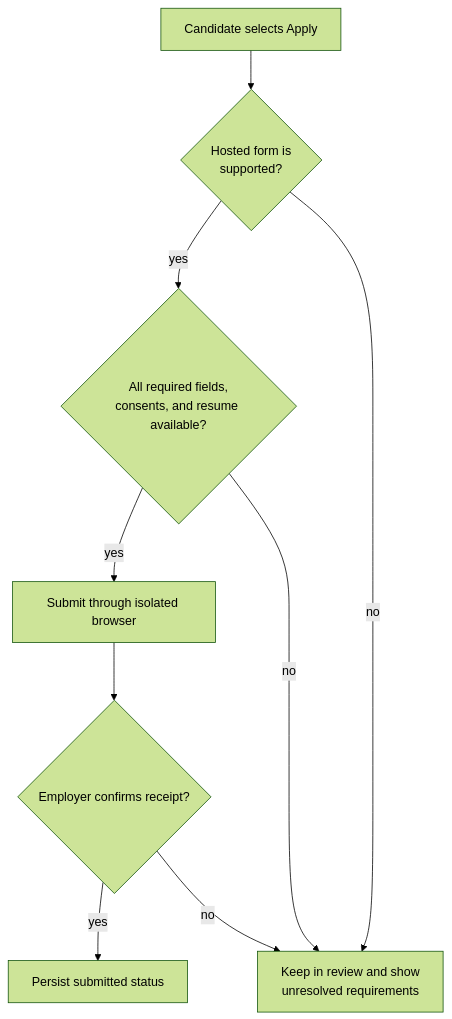
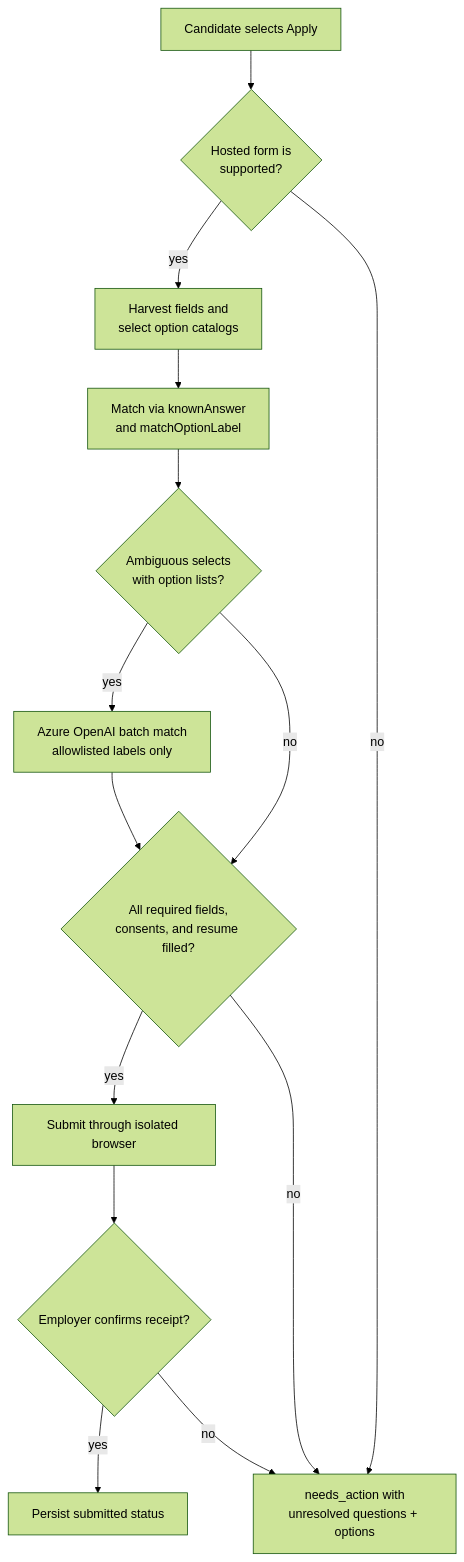
The fifth of 7 diagrams in ARCHITECTURE.md (shivangsoni/resume_tool), drawn with Mermaid (forest theme) before and after one commit. The commit also changed other lines of this file and 45 other files, not shown here.

````diff
--- a/ARCHITECTURE.md
+++ b/ARCHITECTURE.md
@@ -128,19 +131,27 @@
 ```mermaid
 flowchart TD
     Click[Candidate selects Apply]
     Provider{Hosted form is<br/>supported?}
-    Fields{All required fields,<br/>consents, and resume available?}
+    Harvest[Harvest fields and<br/>select option catalogs]
+    Rules[Match via knownAnswer<br/>and matchOptionLabel]
+    Ambiguous{Ambiguous selects<br/>with option lists?}
+    Gpt[Azure OpenAI batch match<br/>allowlisted labels only]
+    Fields{All required fields,<br/>consents, and resume filled?}
     Submit[Submit through isolated browser]
     Confirm{Employer confirms receipt?}
     Track[Persist submitted status]
-    Review[Keep in review and show<br/>unresolved requirements]
+    Review[needs_action with<br/>unresolved questions + options]
 
     Click --> Provider
-    Provider -->|yes| Fields
+    Provider -->|yes| Harvest
     Provider -->|no| Review
+    Harvest --> Rules
+    Rules --> Ambiguous
+    Ambiguous -->|yes| Gpt --> Fields
+    Ambiguous -->|no| Fields
     Fields -->|yes| Submit
     Fields -->|no| Review
     Submit --> Confirm
     Confirm -->|yes| Track
     Confirm -->|no| Review
 ```
````
